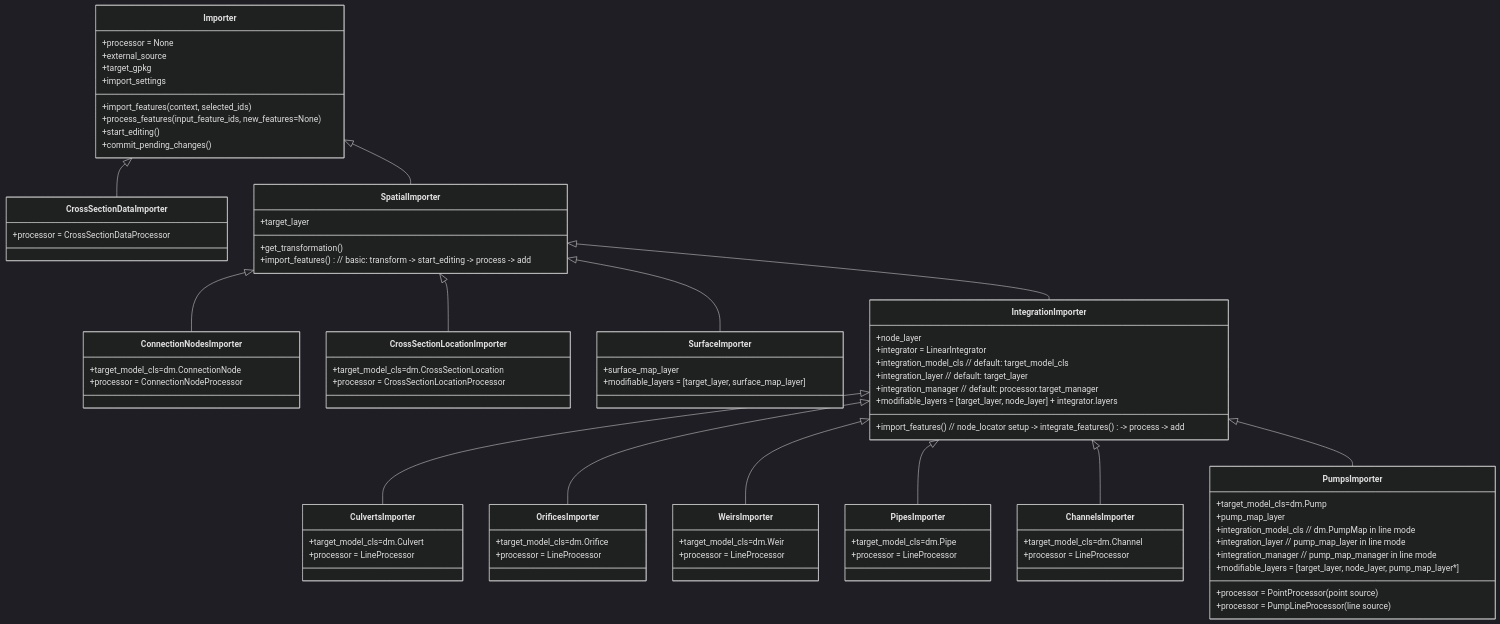
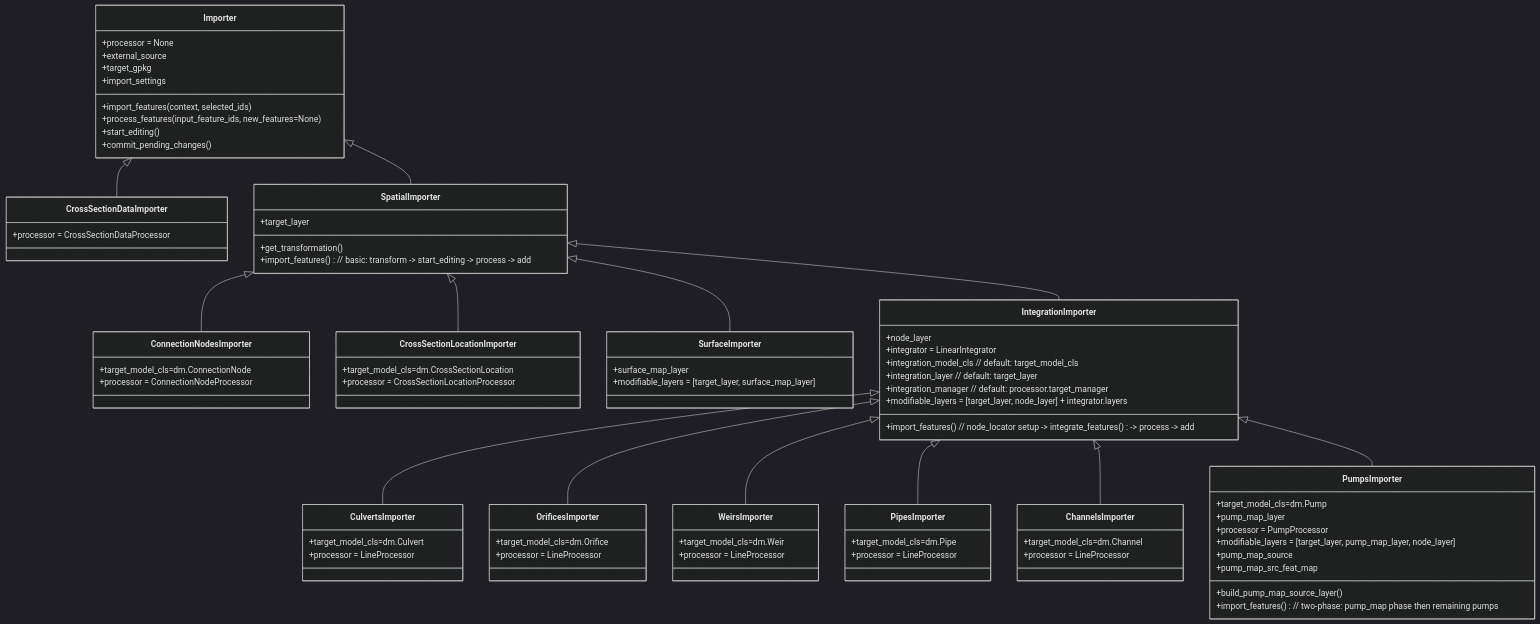
Before and after one commit to nens/threedi-schematisation-editor: the third of 5 diagrams in threedi_schematisation_editor/vector_data_importer/DESIGN.md, drawn with Mermaid (dark theme). The commit also changed other lines of this file, not shown here.

````diff
--- a/threedi_schematisation_editor/vector_data_importer/DESIGN.md
+++ b/threedi_schematisation_editor/vector_data_importer/DESIGN.md
@@ -206,12 +206,12 @@
     class PumpsImporter {
         +target_model_cls=dm.Pump
         +pump_map_layer
-        +processor = PointProcessor (point source)
-        +processor = PumpLineProcessor (line source)
-        +integration_model_cls  // dm.PumpMap in line mode
-        +integration_layer      // pump_map_layer in line mode
-        +integration_manager    // pump_map_manager in line mode
-        +modifiable_layers = [target_layer, node_layer, pump_map_layer*]
+        +processor = PumpProcessor
+        +modifiable_layers = [target_layer, pump_map_layer, node_layer]
+        +pump_map_source
+        +pump_map_src_feat_map
+        +build_pump_map_source_layer()
+        +import_features() // two-phase: pump_map phase then remaining pumps
     }
 
 ```
````
